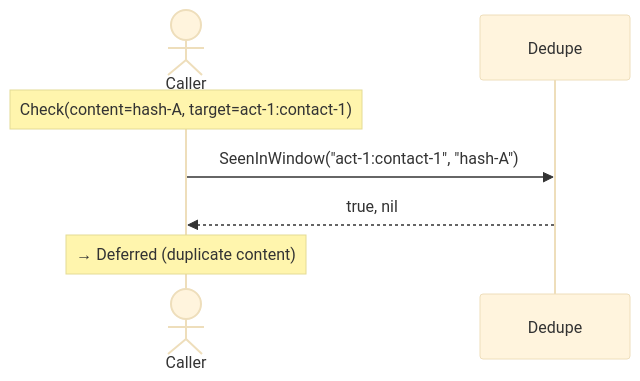
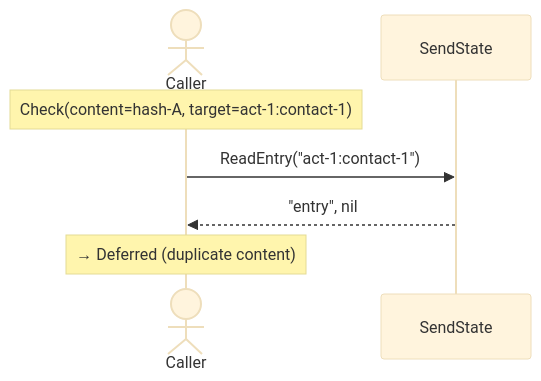
Before and after one commit to homemade/pith: the second of 5 diagrams in protect/sequence_test.md, drawn with Mermaid (base theme). The commit also changed other lines of this file and 13 other files, not shown here.

````diff
--- a/protect/sequence_test.md
+++ b/protect/sequence_test.md
@@ -30,10 +31,10 @@
 ```mermaid
 sequenceDiagram
     actor C as Caller
-    participant Dedupe
+    participant SendState
 
     Note over C: Check(content=hash-A, target=act-1:contact-1)
-    C->>Dedupe: SeenInWindow("act-1:contact-1", "hash-A")
-    Dedupe-->>C: true, nil
+    C->>SendState: ReadEntry("act-1:contact-1")
+    SendState-->>C: "entry", nil
     Note over C: → Deferred (duplicate content)
 ```
````
